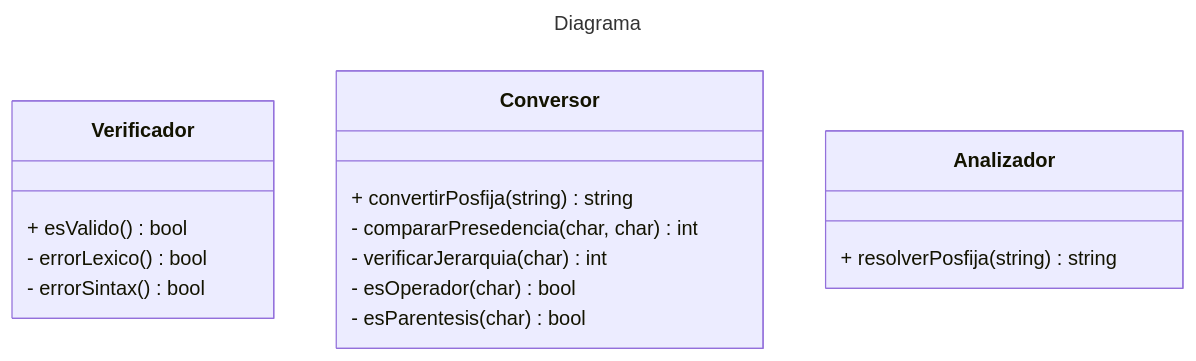
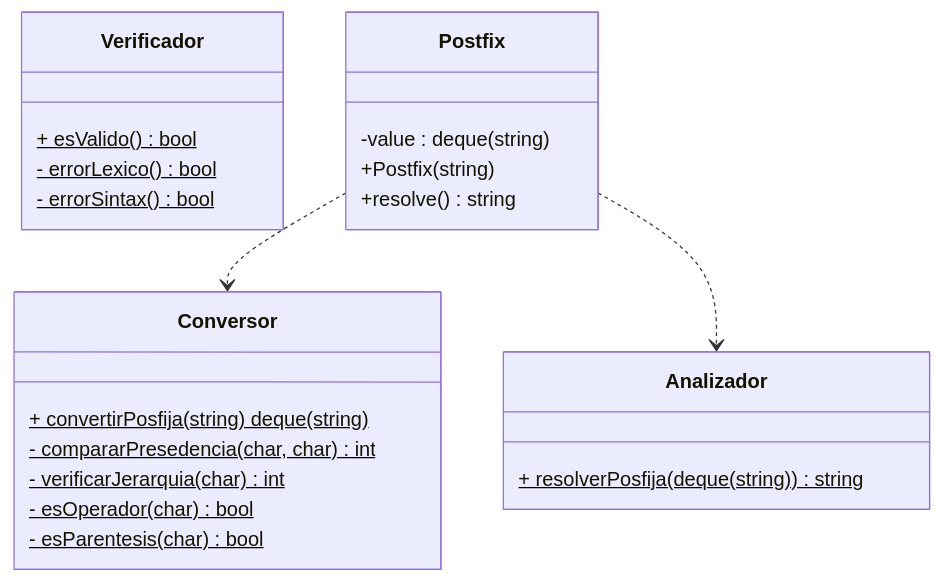
One commit to jeusmatthew/pd-2-calculadora changed the diagram in docs/docs.md. Above: the diagram before and after it, drawn with Mermaid. The commit also changed other lines of this file, not shown here.

````diff
--- a/docs/docs.md
+++ b/docs/docs.md
@@ -40,23 +36,29 @@
 ``` mermaid
----
-title: Diagrama
----
-
 classDiagram
     class Verificador {
-		+ esValido() bool 
-		- errorLexico() bool
-		- errorSintax() bool
+		+ esValido() bool $
+		- errorLexico() bool$
+		- errorSintax() bool$
 	}
 	class Conversor{
-		+ convertirPosfija(string) string
-		- compararPresedencia(char, char) int
-		- verificarJerarquia(char) int
-		- esOperador(char) bool
-		- esParentesis(char) bool
+		+ convertirPosfija(string) deque(string)$
+		- compararPresedencia(char, char) int$
+		- verificarJerarquia(char) int$
+		- esOperador(char) bool$
+		- esParentesis(char) bool$
 	}
 
 	class Analizador{
-		+ resolverPosfija(string) string
+		+ resolverPosfija(deque(string)) string$
 	}
+
+	class Postfix{
+		-value : deque(string)
+		+Postfix(string)
+        +resolve() string
+	}
+
+Postfix  ..>  Conversor
+Postfix  ..>  Analizador
+
 ```
````
